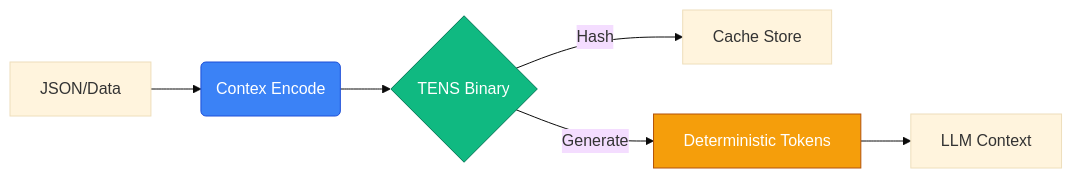
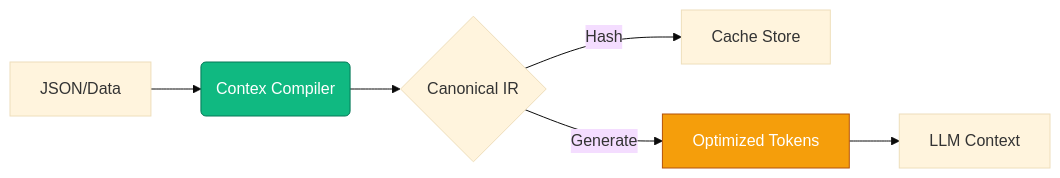
One commit to Kshitijpalsinghtomar/contex changed the diagram in README.md. Above: the diagram before and after it, drawn with Mermaid (base theme). The commit also changed other lines of this file and 11 other files, not shown here.

````diff
--- a/README.md
+++ b/README.md
@@ -36,11 +114,10 @@
 ```mermaid
 graph LR
-    A[JSON/Data] --> B(Contex Encode)
-    B --> C{TENS Binary}
+    A[JSON/Data] --> B(Contex Compiler)
+    B --> C{Canonical IR}
     C -->|Hash| D[Cache Store]
-    C -->|Generate| E[Deterministic Tokens]
+    C -->|Generate| E[Optimized Tokens]
     E --> F[LLM Context]
-    style B fill:#3b82f6,stroke:#1d4ed8,color:#fff
-    style C fill:#10b981,stroke:#047857,color:#fff
+    style B fill:#10b981,stroke:#047857,color:#fff
     style E fill:#f59e0b,stroke:#b45309,color:#fff
 ```
````
